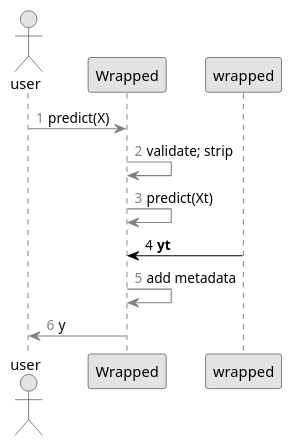
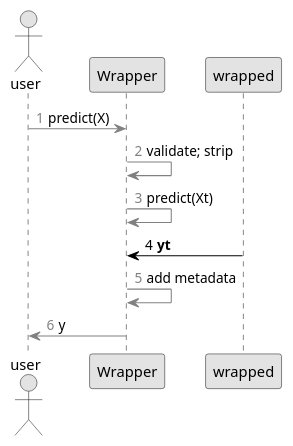
One commit to atavory/atavory.github.io changed the diagram in ibex_pres/wrapper_wrapped_delegation_seq_four.plantuml. Above: the diagram before and after it, drawn with PlantUML. The commit also changed 19 other files, not shown here.

```diff
--- a/ibex_pres/wrapper_wrapped_delegation_seq_four.plantuml
+++ b/ibex_pres/wrapper_wrapped_delegation_seq_four.plantuml
@@ -1,22 +1,22 @@
 @startuml
 
 skinparam monochrome true
 skinparam shadowing false
 
 actor user
 
-participant Wrapped
+participant Wrapper
 
 participant wrapped
 
 autonumber 1 "<font color=grey>"
-user -[#grey]> Wrapped : predict(X)
-Wrapped -[#grey]> Wrapped : validate; strip
-Wrapped -[#grey]> Wrapped : predict(Xt)
+user -[#grey]> Wrapper : predict(X)
+Wrapper -[#grey]> Wrapper : validate; strip
+Wrapper -[#grey]> Wrapper : predict(Xt)
 autonumber 4 "<font color=black>"
-wrapped -[#black]> Wrapped : **yt**
+wrapped -[#black]> Wrapper : **yt**
 autonumber 5 "<font color=grey>"
-Wrapped -[#grey]> Wrapped : add metadata
-Wrapped -[#grey]> user : y
+Wrapper -[#grey]> Wrapper : add metadata
+Wrapper -[#grey]> user : y
 
 @enduml
```
